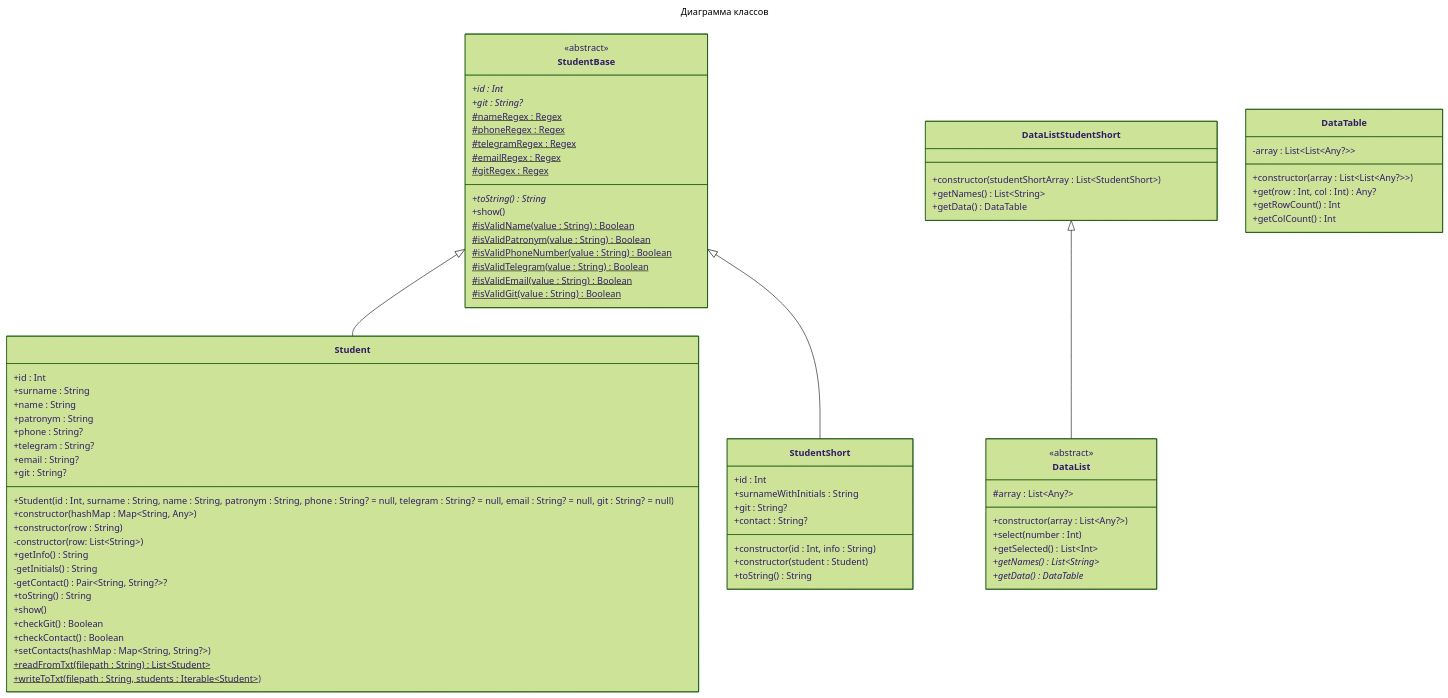
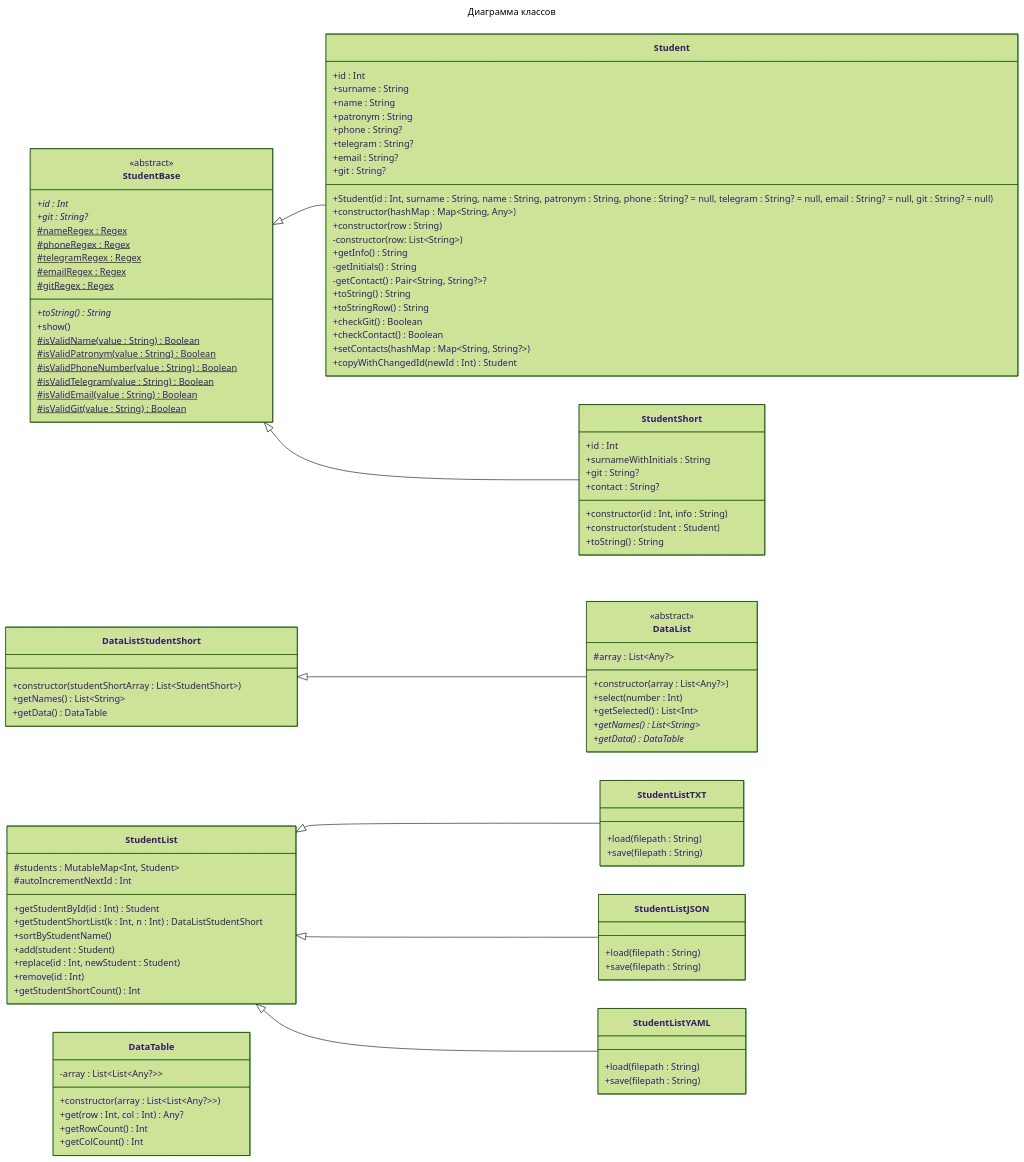
The diagram in README.md (ARTEZON/Patterns), drawn with Mermaid (forest theme) before and after one commit.

Commit message:
Отмечены изменения в диаграмме классов

````diff
--- a/README.md
+++ b/README.md
@@ -5,9 +5,13 @@
 title: Диаграмма классов
 ---
 classDiagram
-StudentBase <|-- Student
-StudentBase <|-- StudentShort
-DataListStudentShort <|-- DataList
+    direction LR
+    StudentBase <|-- Student
+    StudentBase <|-- StudentShort
+    DataListStudentShort <|-- DataList
+    StudentList <|-- StudentListTXT
+    StudentList <|-- StudentListJSON
+    StudentList <|-- StudentListYAML
     class StudentBase{
         <<abstract>>
         +id : Int*
@@ -43,12 +47,11 @@
         -getInitials() String
         -getContact() Pair~String, String?~?
         +toString() String
-        +show()
+        +toStringRow() String
         +checkGit() Boolean
         +checkContact() Boolean
         +setContacts(hashMap : Map~String, String?~)
-        +readFromTxt(filepath : String) List~Student~$
-        +writeToTxt(filepath : String, students : Iterable~Student~)$
+        +copyWithChangedId(newId : Int) Student
     }
     class StudentShort{
         +id : Int
@@ -80,4 +83,27 @@
         +getNames() List~String~
         +getData() DataTable
     }
+    class StudentList{
+        #students : MutableMap~Int, Student~
+        #autoIncrementNextId : Int
+        +getStudentById(id : Int) Student
+        +getStudentShortList(k : Int, n : Int) DataListStudentShort
+        +sortByStudentName()
+        +add(student : Student)
+        +replace(id : Int, newStudent : Student)
+        +remove(id : Int)
+        +getStudentShortCount() Int
+    }
+    class StudentListTXT{
+        +load(filepath : String)
+        +save(filepath : String)
+    }
+    class StudentListJSON{
+        +load(filepath : String)
+        +save(filepath : String)
+    }
+    class StudentListYAML{
+        +load(filepath : String)
+        +save(filepath : String)
+    }
 ```
````
